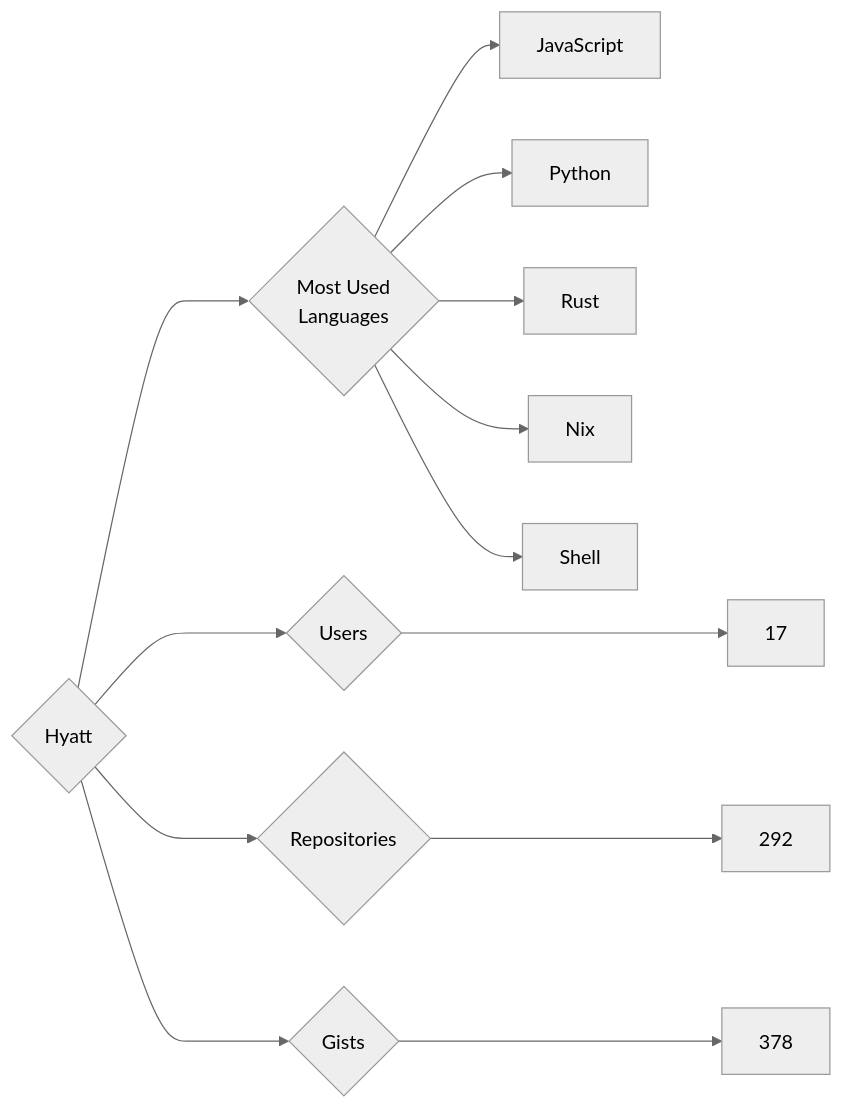
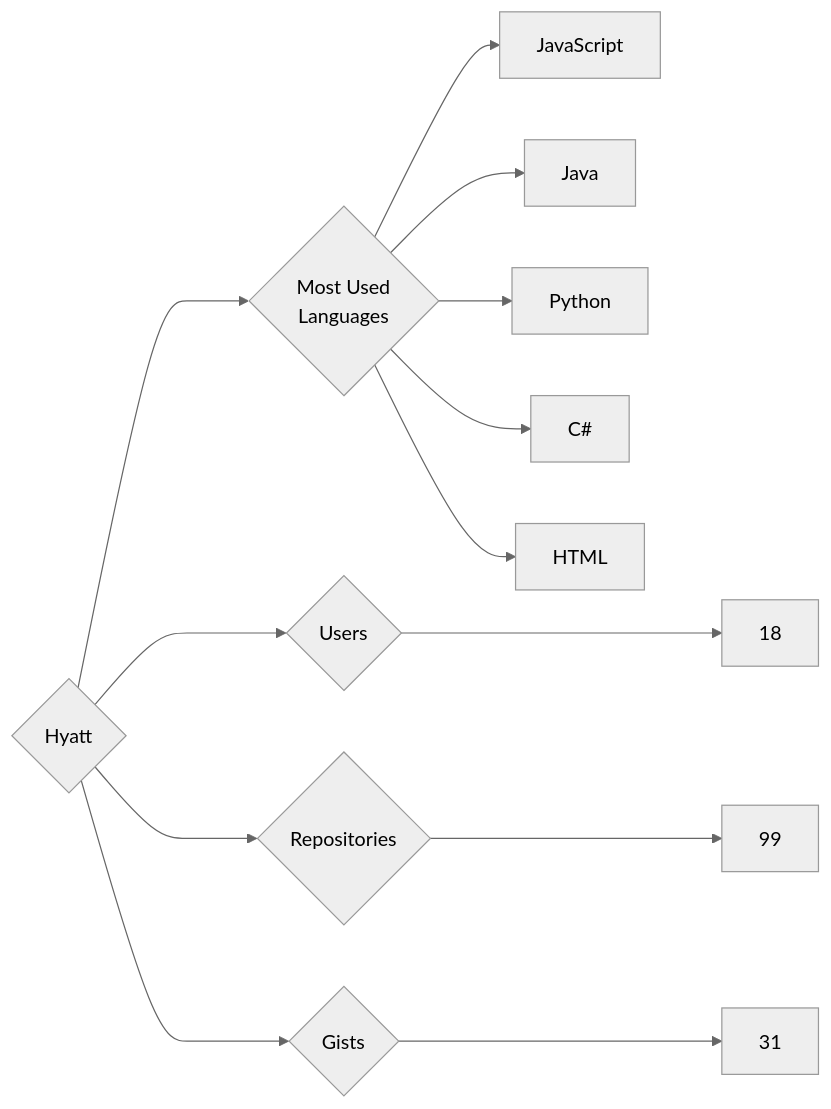
Before and after one commit to trickest/insiders: the diagram in targets/Hyatt/README.md, drawn with Mermaid (neutral theme). The commit also changed 953 other files, not shown here.

````diff
--- a/targets/Hyatt/README.md
+++ b/targets/Hyatt/README.md
@@ -3,13 +3,13 @@
 ```mermaid
 graph LR
 COMPANY_NAME{Hyatt}
-COMPANY_NAME ---> U{Users} ---> UN[17]
-COMPANY_NAME ---> R{Repositories} ---> RN[292]
-COMPANY_NAME ---> G{Gists} ---> GN[378]
+COMPANY_NAME ---> U{Users} ---> UN[18]
+COMPANY_NAME ---> R{Repositories} ---> RN[99]
+COMPANY_NAME ---> G{Gists} ---> GN[31]
 COMPANY_NAME ---> ML{Most Used<br>Languages}
 ML --> JavaScript[JavaScript]
+ML --> Java[Java]
 ML --> Python[Python]
-ML --> Rust[Rust]
-ML --> Nix[Nix]
-ML --> Shell[Shell]
+ML --> C#[C#]
+ML --> HTML[HTML]
 ```
````
